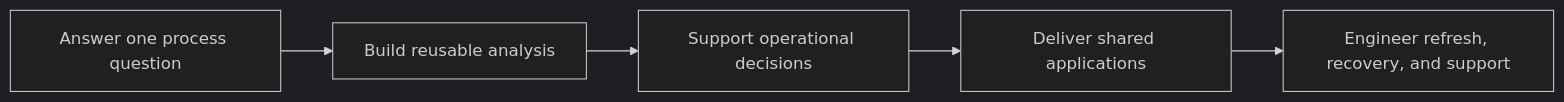
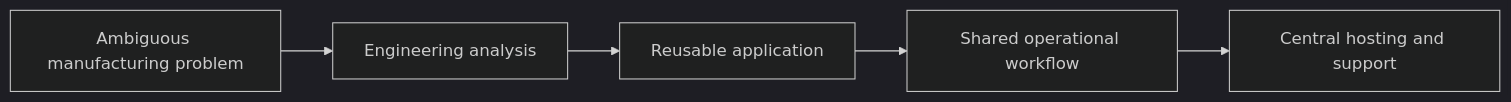
The diagram in README.md (4sy8zwp9hz-netizen/manufacturing-software-portfolio), drawn with Mermaid (dark theme) before and after one commit. The commit also changed other lines of this file and 6 other files, not shown here.

````diff
--- a/README.md
+++ b/README.md
@@ -91,7 +36,7 @@
 ```mermaid
 flowchart LR
-    A[Answer one process question] --> B[Build reusable analysis]
-    B --> C[Support operational decisions]
-    C --> D[Deliver shared applications]
-    D --> E[Engineer refresh, recovery, and support]
+    A[Ambiguous manufacturing problem] --> B[Engineering analysis]
+    B --> C[Reusable application]
+    C --> D[Shared operational workflow]
+    D --> E[Central hosting and support]
 ```
````
